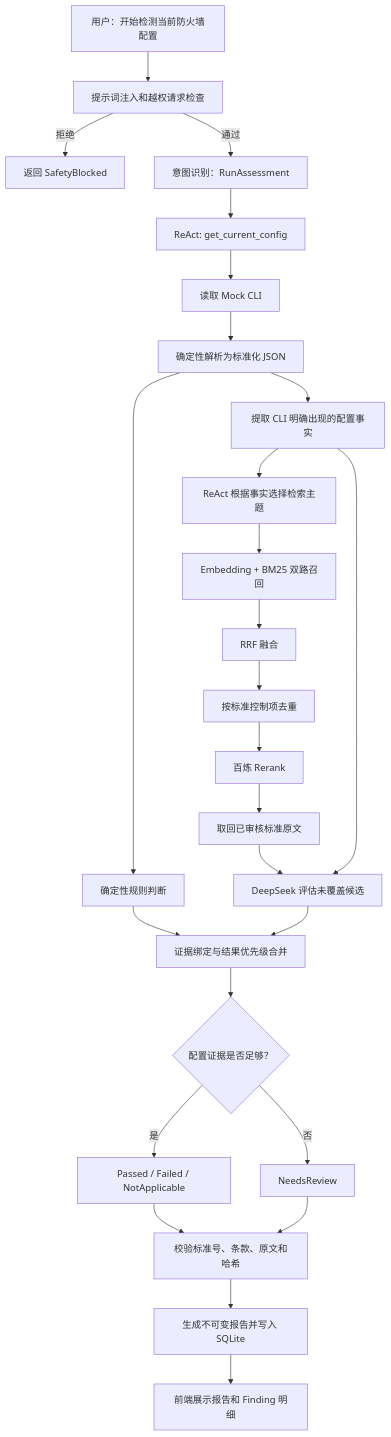
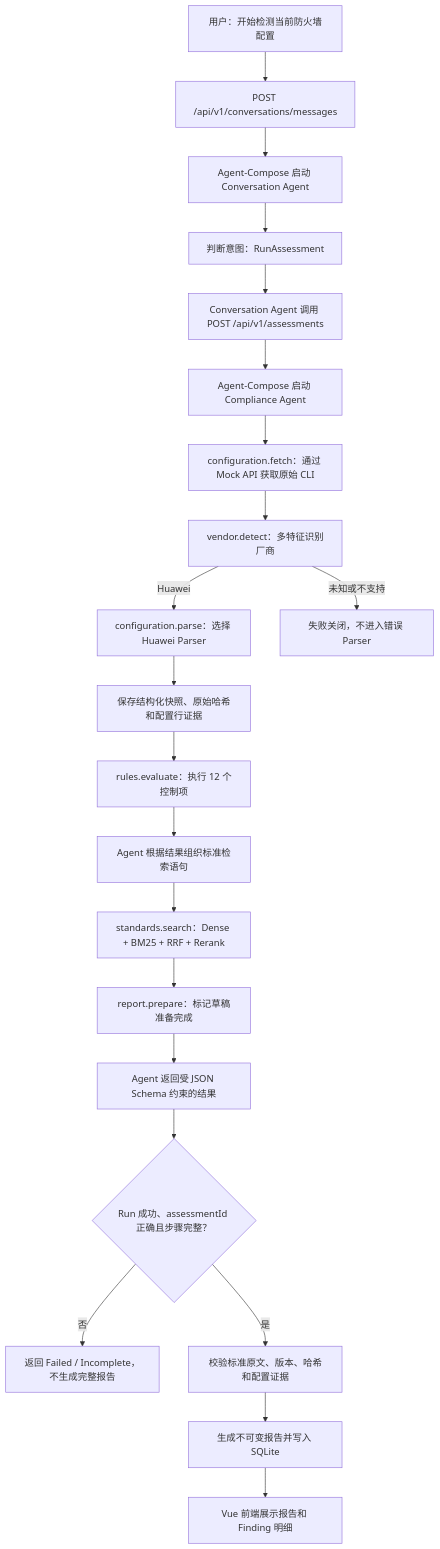
One commit to TZ3070/firewall-compliance changed the second of 2 diagrams in README.md. Above: the diagram before and after it, drawn with Mermaid. The commit also changed other lines of this file and 111 other files, not shown here.

Commit message:
refactor: adopt Agent-Compose compliance architecture

````diff
--- a/README.md
+++ b/README.md
@@ -68,28 +77,23 @@
 ```mermaid
 flowchart TD
-    A["用户：开始检测当前防火墙配置"] --> B["提示词注入和越权请求检查"]
-    B -->|"拒绝"| B1["返回 SafetyBlocked"]
-    B -->|"通过"| C["意图识别：RunAssessment"]
-    C --> D["ReAct: get_current_config"]
-    D --> E["读取 Mock CLI"]
-    E --> F["确定性解析为标准化 JSON"]
-    F --> G["提取 CLI 明确出现的配置事实"]
-    G --> H["ReAct 根据事实选择检索主题"]
-    H --> I["Embedding + BM25 双路召回"]
-    I --> J["RRF 融合"]
-    J --> K["按标准控制项去重"]
-    K --> L["百炼 Rerank"]
-    L --> M["取回已审核标准原文"]
-    F --> N["确定性规则判断"]
-    M --> O["DeepSeek 评估未覆盖候选"]
-    G --> O
-    N --> P["证据绑定与结果优先级合并"]
-    O --> P
-    P --> Q{"配置证据是否足够？"}
-    Q -->|"是"| R["Passed / Failed / NotApplicable"]
-    Q -->|"否"| S["NeedsReview"]
-    R --> T["校验标准号、条款、原文和哈希"]
-    S --> T
-    T --> U["生成不可变报告并写入 SQLite"]
-    U --> V["前端展示报告和 Finding 明细"]
+    A["用户：开始检测当前防火墙配置"] --> B["POST /api/v1/conversations/messages"]
+    B --> C["Agent-Compose 启动 Conversation Agent"]
+    C --> D["判断意图：RunAssessment"]
+    D --> E["Conversation Agent 调用 POST /api/v1/assessments"]
+    E --> F["Agent-Compose 启动 Compliance Agent"]
+    F --> G["configuration.fetch：通过 Mock API 获取原始 CLI"]
+    G --> H["vendor.detect：多特征识别厂商"]
+    H -->|"Huawei"| I["configuration.parse：选择 Huawei Parser"]
+    H -->|"未知或不支持"| H1["失败关闭，不进入错误 Parser"]
+    I --> J["保存结构化快照、原始哈希和配置行证据"]
+    J --> K["rules.evaluate：执行 12 个控制项"]
+    K --> L["Agent 根据结果组织标准检索语句"]
+    L --> M["standards.search：Dense + BM25 + RRF + Rerank"]
+    M --> N["report.prepare：标记草稿准备完成"]
+    N --> O["Agent 返回受 JSON Schema 约束的结果"]
+    O --> P{"Run 成功、assessmentId 正确且步骤完整？"}
+    P -->|"否"| Q["返回 Failed / Incomplete，不生成完整报告"]
+    P -->|"是"| R["校验标准原文、版本、哈希和配置证据"]
+    R --> S["生成不可变报告并写入 SQLite"]
+    S --> T["Vue 前端展示报告和 Finding 明细"]
 ```
````
